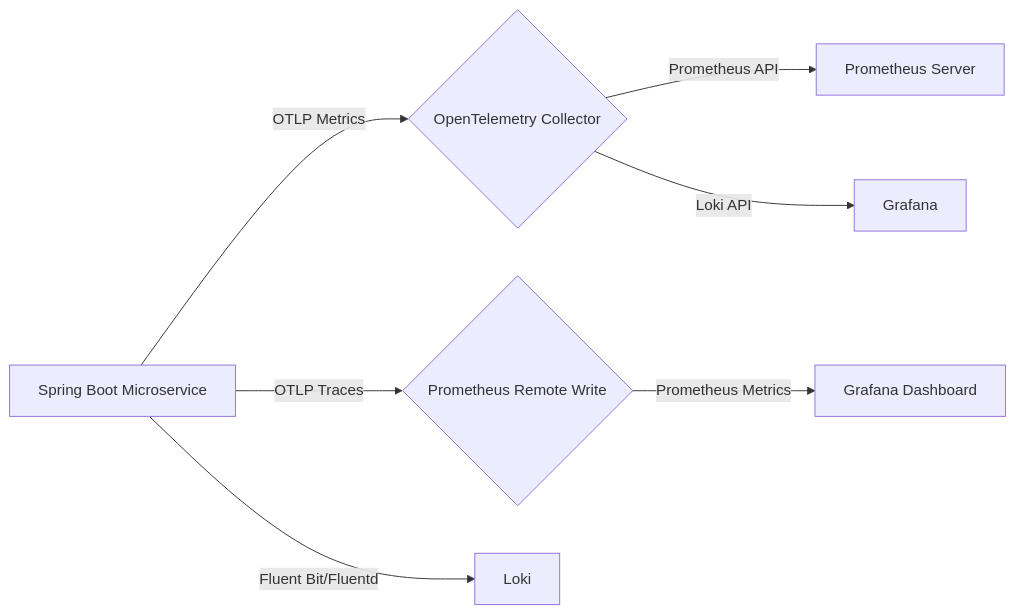
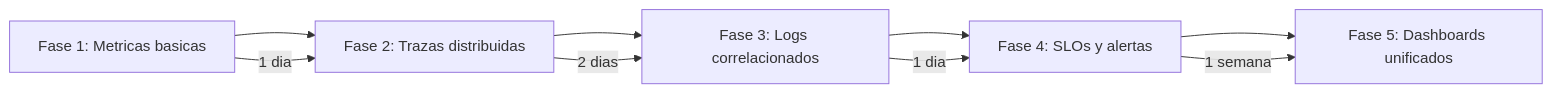
The fourth of 4 diagrams in 03_Spring_Ecosystem/observabilidad_distribuida_en_spring_boot_3.3_con_opentelemetry_y_grafana_loki:_correlación_de_trazas_y_logs_STAFF.md (Joaquinriosheredia/DAM-Java-Mastery), drawn with Mermaid before and after one commit. The commit also changed other lines of this file and 1 other file, not shown here.

````diff
--- a/03_Spring_Ecosystem/observabilidad_distribuida_en_spring_boot_3.3_con_opentelemetry_y_grafana_loki:_correlación_de_trazas_y_logs_STAFF.md
+++ b/03_Spring_Ecosystem/observabilidad_distribuida_en_spring_boot_3.3_con_opentelemetry_y_grafana_loki:_correlación_de_trazas_y_logs_STAFF.md
@@ -806,9 +477,11 @@
 ```mermaid
 graph LR
-    A[Spring Boot Microservice] -->|OTLP Metrics| B{OpenTelemetry Collector}
-    A -->|OTLP Traces| C{Prometheus Remote Write}
-    A -->|Fluent Bit/Fluentd| D[Loki]
-    B -->|Prometheus API| E[Prometheus Server]
-    B -->|Loki API| F[Grafana]
-    C -->|Prometheus Metrics| G[Grafana Dashboard]
+    A[Fase 1: Metricas basicas] --> B[Fase 2: Trazas distribuidas]
+    B --> C[Fase 3: Logs correlacionados]
+    C --> D[Fase 4: SLOs y alertas]
+    D --> E[Fase 5: Dashboards unificados]
+    A -->|1 dia| B
+    B -->|2 dias| C
+    C -->|1 dia| D
+    D -->|1 semana| E
 ```
````
